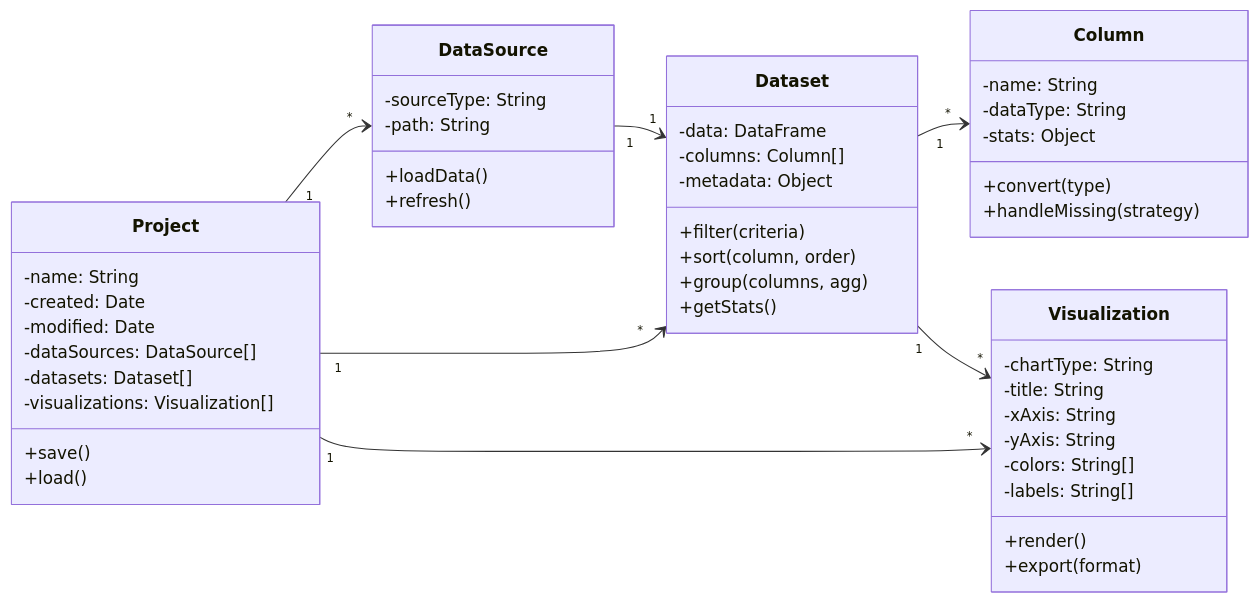
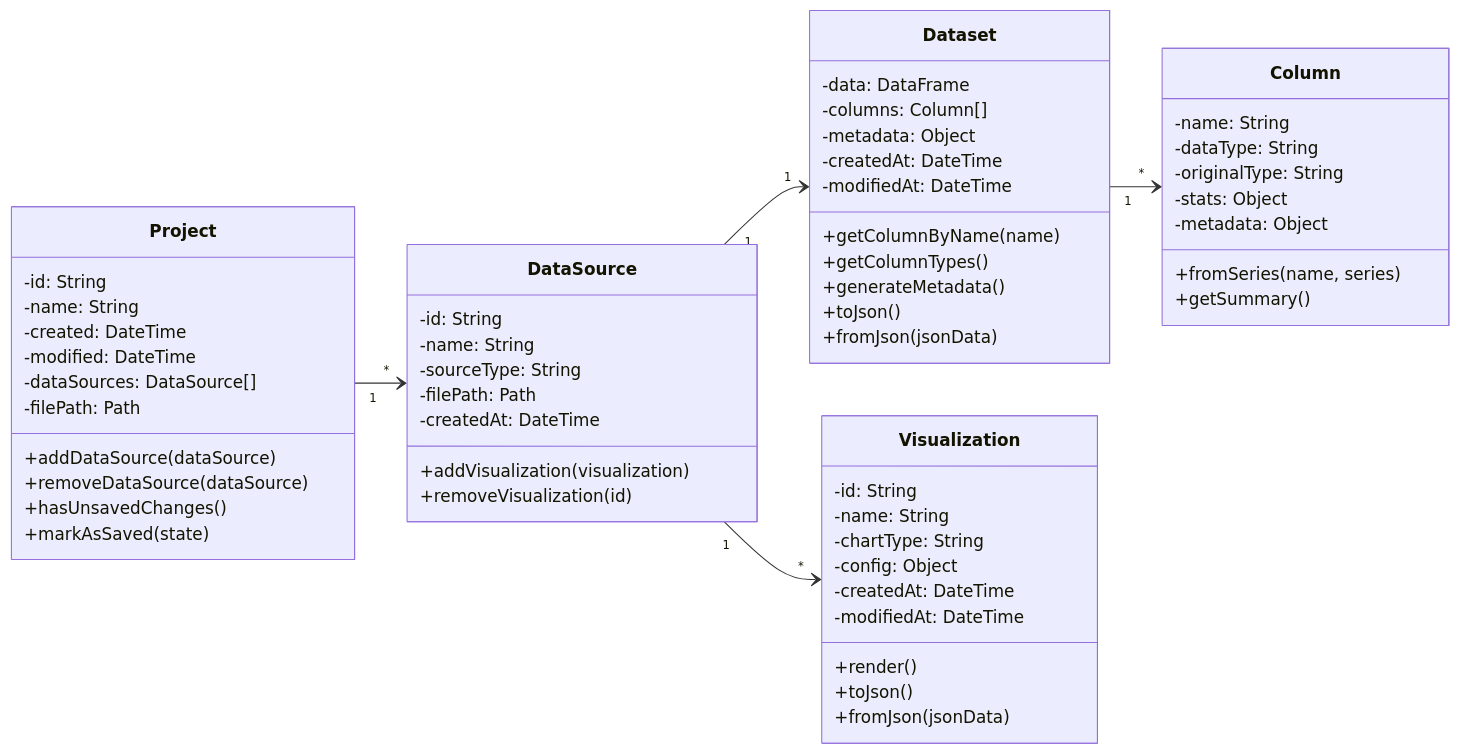
Before and after one commit to jurkat/datainspect: the diagram in docs/diagrams/class-diagram.mmd, drawn with Mermaid. The commit also changed 12 other files, not shown here.

First line of the commit message:
Comprehensive documentation and architecture implementation for Phase 2

```diff
--- a/docs/diagrams/class-diagram.mmd
+++ b/docs/diagrams/class-diagram.mmd
@@ -1,56 +1,65 @@
 classDiagram
     direction LR
-    
+
+    Project "1" --> "*" DataSource
     DataSource "1" --> "1" Dataset
+    DataSource "1" --> "*" Visualization
     Dataset "1" --> "*" Column
-    Dataset "1" --> "*" Visualization
-    Project "1" --> "*" DataSource
-    Project "1" --> "*" Dataset
-    Project "1" --> "*" Visualization
-    
+
     class DataSource {
+        -id: String
+        -name: String
         -sourceType: String
-        -path: String
-        +loadData()
-        +refresh()
+        -filePath: Path
+        -createdAt: DateTime
+        +addVisualization(visualization)
+        +removeVisualization(id)
     }
-    
+
     class Dataset {
         -data: DataFrame
         -columns: Column[]
         -metadata: Object
-        +filter(criteria)
-        +sort(column, order)
-        +group(columns, agg)
-        +getStats()
+        -createdAt: DateTime
+        -modifiedAt: DateTime
+        +getColumnByName(name)
+        +getColumnTypes()
+        +generateMetadata()
+        +toJson()
+        +fromJson(jsonData)
     }
-    
+
     class Column {
         -name: String
         -dataType: String
+        -originalType: String
         -stats: Object
-        +convert(type)
-        +handleMissing(strategy)
+        -metadata: Object
+        +fromSeries(name, series)
+        +getSummary()
     }
-    
+
     class Visualization {
+        -id: String
+        -name: String
         -chartType: String
-        -title: String
-        -xAxis: String
-        -yAxis: String
-        -colors: String[]
-        -labels: String[]
+        -config: Object
+        -createdAt: DateTime
+        -modifiedAt: DateTime
         +render()
-        +export(format)
+        +toJson()
+        +fromJson(jsonData)
     }
-    
+
     class Project {
+        -id: String
         -name: String
-        -created: Date
-        -modified: Date
+        -created: DateTime
+        -modified: DateTime
         -dataSources: DataSource[]
-        -datasets: Dataset[]
-        -visualizations: Visualization[]
-        +save()
-        +load()
+        -filePath: Path
+        +addDataSource(dataSource)
+        +removeDataSource(dataSource)
+        +hasUnsavedChanges()
+        +markAsSaved(state)
     }
```
